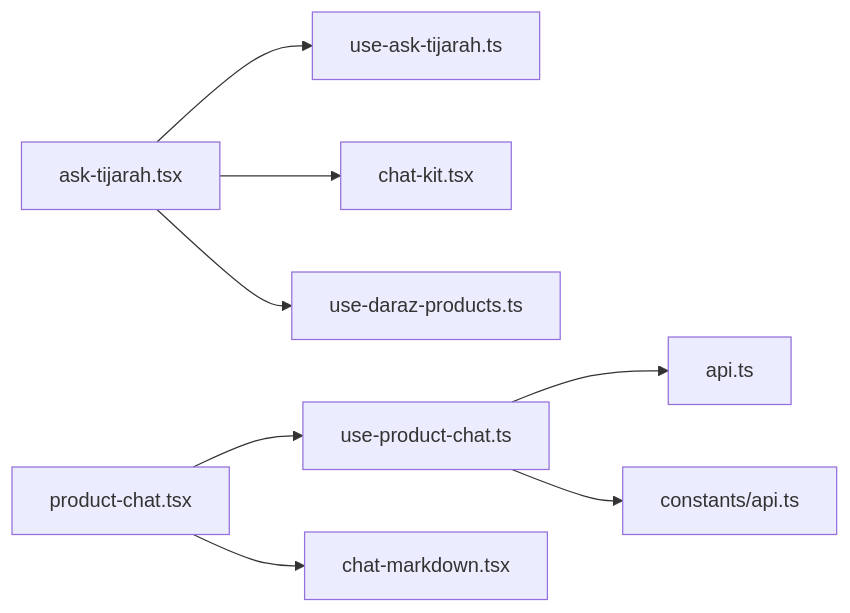
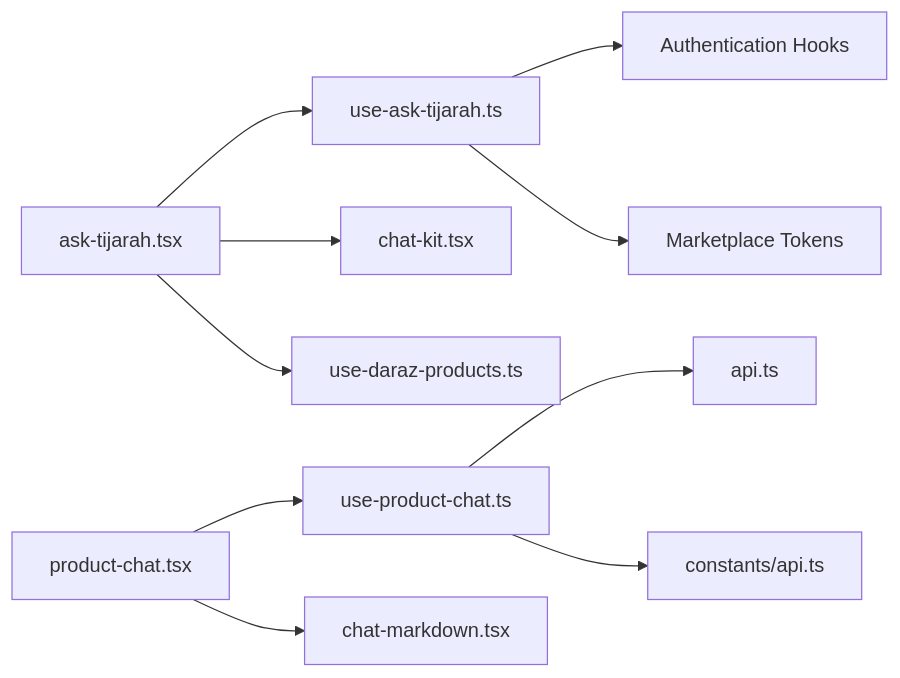
The fourth of 4 diagrams in .qoder/repowiki/en/content/AI-Powered Features/Ask Tijarah Chat Interface.md (Muhammad-Masood/tijarah-ai-app), drawn with Mermaid before and after one commit. The commit also changed other lines of this file and 9 other files, not shown here.

````diff
--- a/.qoder/repowiki/en/content/AI-Powered Features/Ask Tijarah Chat Interface.md
+++ b/.qoder/repowiki/en/content/AI-Powered Features/Ask Tijarah Chat Interface.md
@@ -245,10 +305,12 @@
 ```mermaid
 graph LR
 A["ask-tijarah.tsx"] --> B["use-ask-tijarah.ts"]
 A --> C["chat-kit.tsx"]
 A --> D["use-daraz-products.ts"]
 E["product-chat.tsx"] --> F["use-product-chat.ts"]
 E --> G["chat-markdown.tsx"]
 F --> H["api.ts"]
 F --> I["constants/api.ts"]
+B --> J["Authentication Hooks"]
+B --> K["Marketplace Tokens"]
 ```
````
